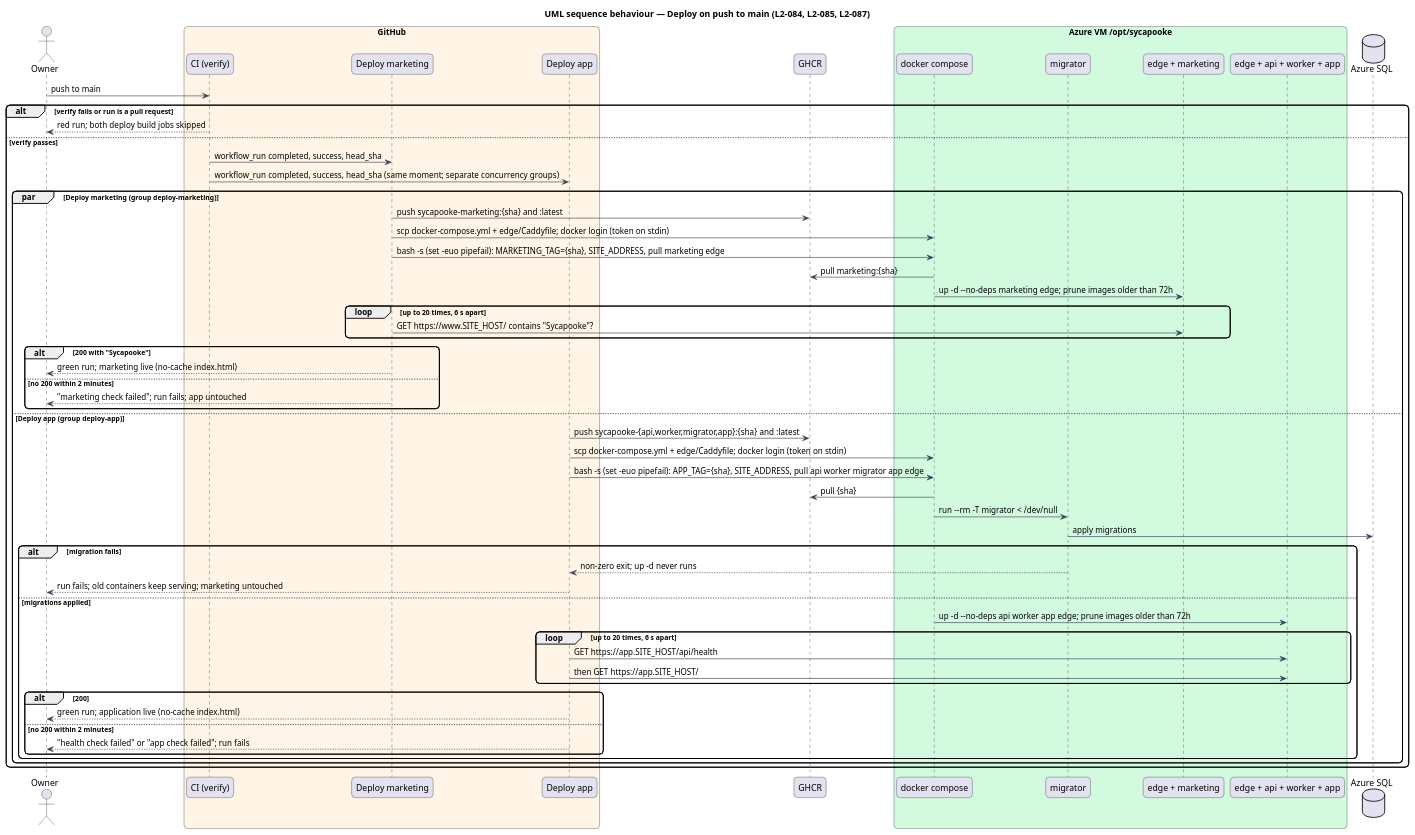
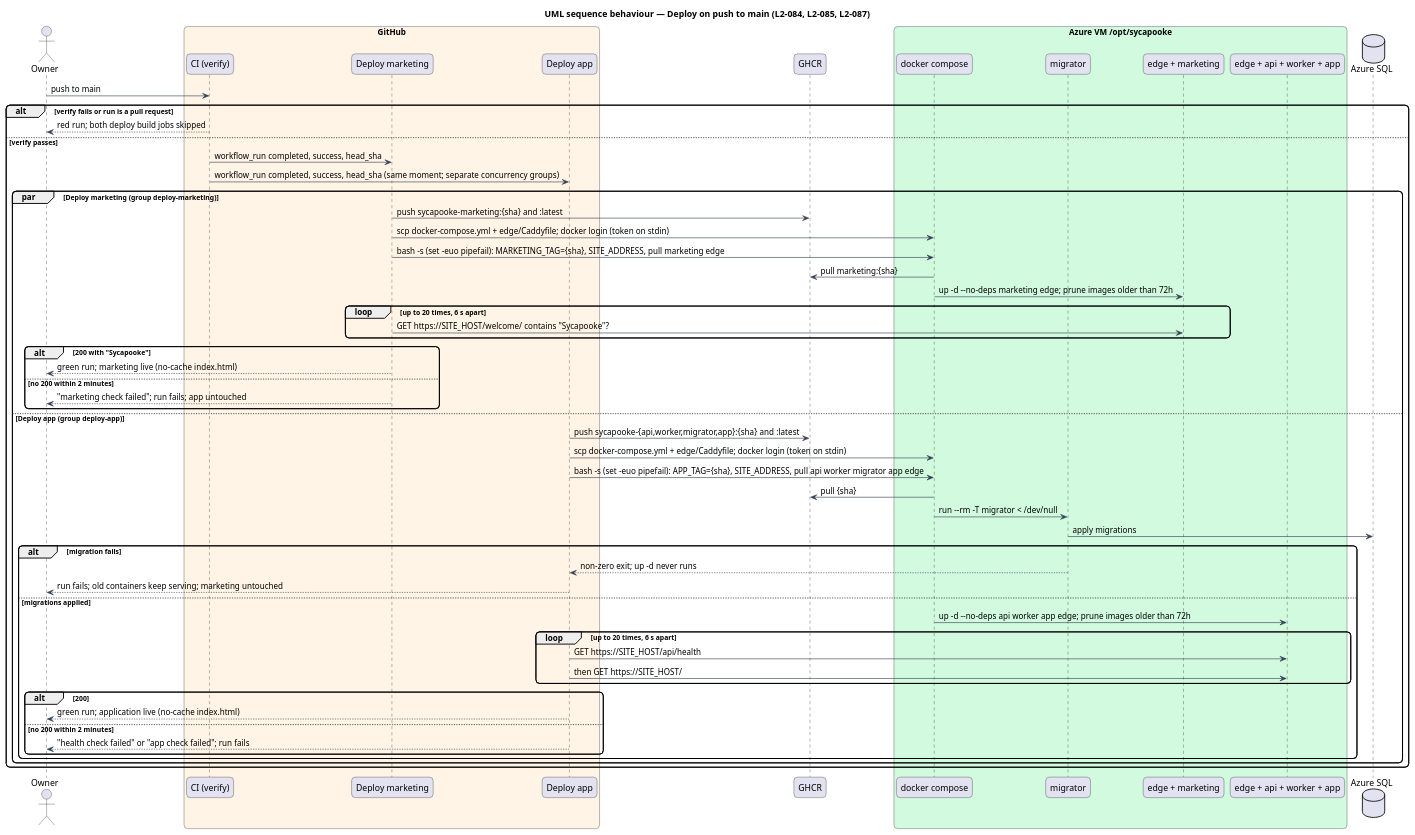
The diagram in docs/detailed-designs/platform/deploy-to-production/diagrams/sequence-deploy.puml (QuinntyneBrown/sycapooke), drawn with PlantUML before and after one commit. The commit also changed 28 other files, not shown here.

```diff
--- a/docs/detailed-designs/platform/deploy-to-production/diagrams/sequence-deploy.puml
+++ b/docs/detailed-designs/platform/deploy-to-production/diagrams/sequence-deploy.puml
@@ -1,66 +1,66 @@
 @startuml
 title UML sequence behaviour — Deploy on push to main (L2-084, L2-085, L2-087)
 skinparam backgroundColor #FFFFFF
 skinparam shadowing false
 skinparam roundcorner 12
 skinparam defaultFontName Arial
 skinparam ArrowColor #344054
 actor "Owner" as owner
 box "GitHub" #FFF4E5
   participant "CI (verify)" as ci
   participant "Deploy marketing" as dm
   participant "Deploy app" as da
 end box
 participant "GHCR" as ghcr
 box "Azure VM /opt/sycapooke" #D1FADF
   participant "docker compose" as compose
   participant "migrator" as mig
   participant "edge + marketing" as mkt
   participant "edge + api + worker + app" as stack
 end box
 database "Azure SQL" as sql
 owner -> ci : push to main
 alt verify fails or run is a pull request
   ci --> owner : red run; both deploy build jobs skipped
 else verify passes
   ci -> dm : workflow_run completed, success, head_sha
   ci -> da : workflow_run completed, success, head_sha (same moment; separate concurrency groups)
   par Deploy marketing (group deploy-marketing)
     dm -> ghcr : push sycapooke-marketing:{sha} and :latest
     dm -> compose : scp docker-compose.yml + edge/Caddyfile; docker login (token on stdin)
     dm -> compose : bash -s (set -euo pipefail): MARKETING_TAG={sha}, SITE_ADDRESS, pull marketing edge
     compose -> ghcr : pull marketing:{sha}
     compose -> mkt : up -d --no-deps marketing edge; prune images older than 72h
     loop up to 20 times, 6 s apart
-      dm -> mkt : GET https://www.SITE_HOST/ contains "Sycapooke"?
+      dm -> mkt : GET https://SITE_HOST/welcome/ contains "Sycapooke"?
     end
     alt 200 with "Sycapooke"
       dm --> owner : green run; marketing live (no-cache index.html)
     else no 200 within 2 minutes
       dm --> owner : "marketing check failed"; run fails; app untouched
     end
   else Deploy app (group deploy-app)
     da -> ghcr : push sycapooke-{api,worker,migrator,app}:{sha} and :latest
     da -> compose : scp docker-compose.yml + edge/Caddyfile; docker login (token on stdin)
     da -> compose : bash -s (set -euo pipefail): APP_TAG={sha}, SITE_ADDRESS, pull api worker migrator app edge
     compose -> ghcr : pull {sha}
     compose -> mig : run --rm -T migrator < /dev/null
     mig -> sql : apply migrations
     alt migration fails
       mig --> da : non-zero exit; up -d never runs
       da --> owner : run fails; old containers keep serving; marketing untouched
     else migrations applied
       compose -> stack : up -d --no-deps api worker app edge; prune images older than 72h
       loop up to 20 times, 6 s apart
-        da -> stack : GET https://app.SITE_HOST/api/health
-        da -> stack : then GET https://app.SITE_HOST/
+        da -> stack : GET https://SITE_HOST/api/health
+        da -> stack : then GET https://SITE_HOST/
       end
       alt 200
         da --> owner : green run; application live (no-cache index.html)
       else no 200 within 2 minutes
         da --> owner : "health check failed" or "app check failed"; run fails
       end
     end
   end
 end
 @enduml
```
